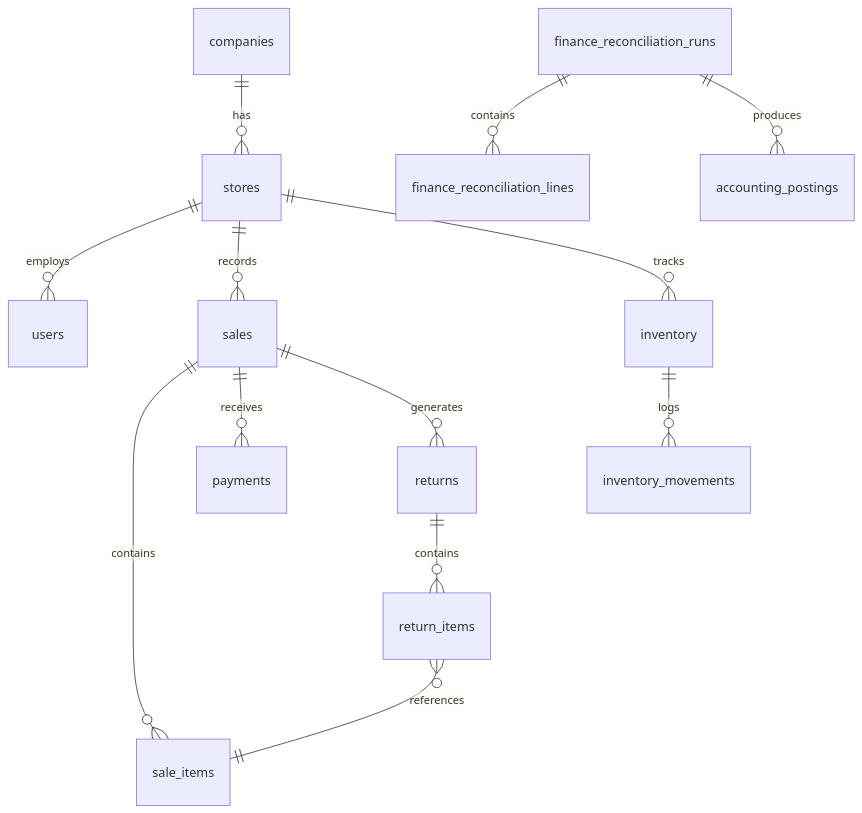
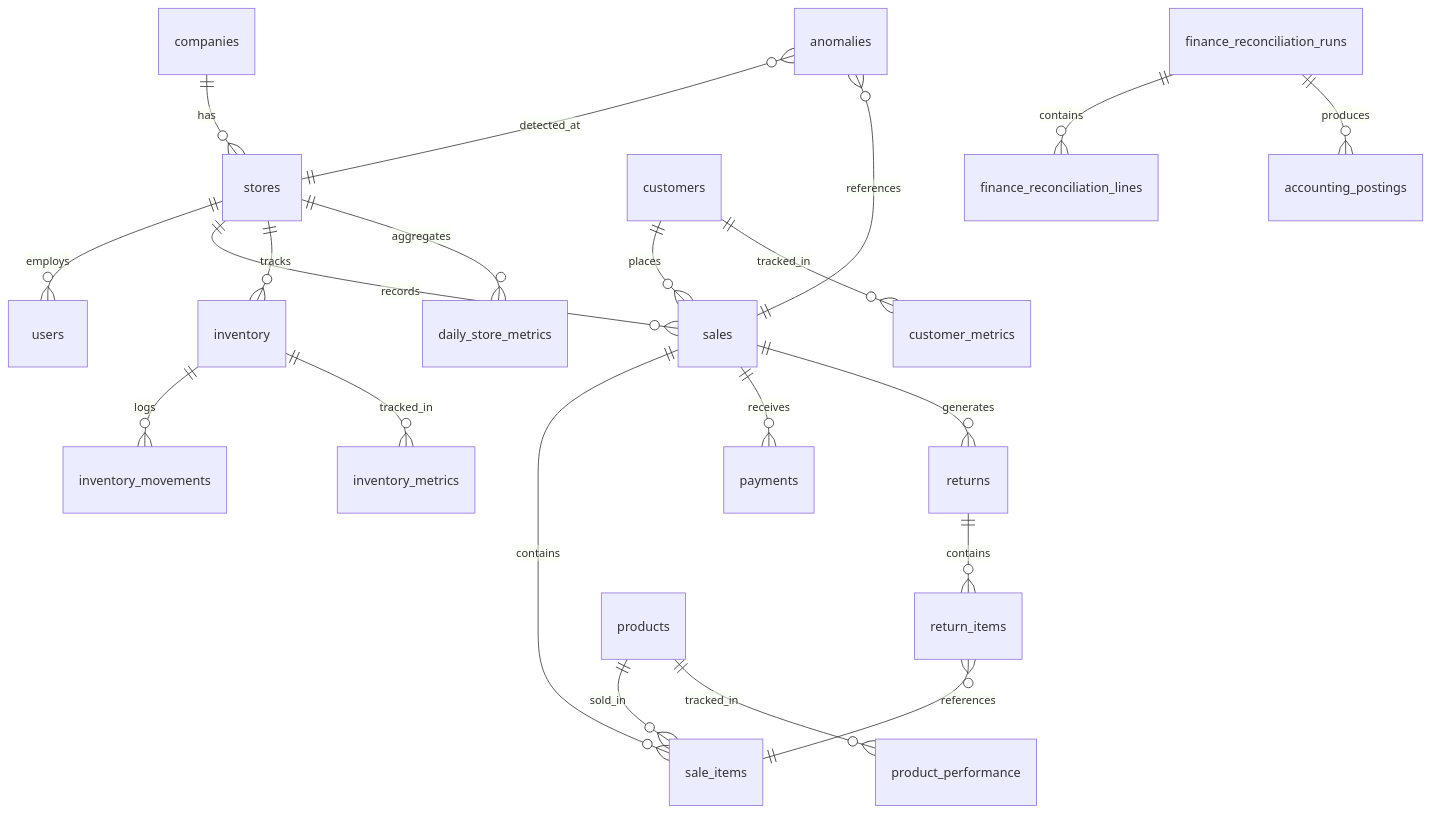
One commit to OjusGupta/Finsight changed the fifth of 5 diagrams in README.md. Above: the diagram before and after it, drawn with Mermaid. The commit also changed other lines of this file and 45 other files, not shown here.

````diff
--- a/README.md
+++ b/README.md
@@ -105,15 +208,23 @@
 ```mermaid
 erDiagram
     companies ||--o{ stores : has
     stores ||--o{ users : employs
     stores ||--o{ sales : records
     stores ||--o{ inventory : tracks
+    stores ||--o{ daily_store_metrics : aggregates
     sales ||--o{ sale_items : contains
     sales ||--o{ payments : receives
     sales ||--o{ returns : generates
     returns ||--o{ return_items : contains
     return_items }o--|| sale_items : references
+    products ||--o{ sale_items : sold_in
+    products ||--o{ product_performance : tracked_in
+    customers ||--o{ sales : places
+    customers ||--o{ customer_metrics : tracked_in
     inventory ||--o{ inventory_movements : logs
+    inventory ||--o{ inventory_metrics : tracked_in
     finance_reconciliation_runs ||--o{ finance_reconciliation_lines : contains
     finance_reconciliation_runs ||--o{ accounting_postings : produces
+    anomalies }o--|| stores : detected_at
+    anomalies }o--|| sales : references
 ```
````
